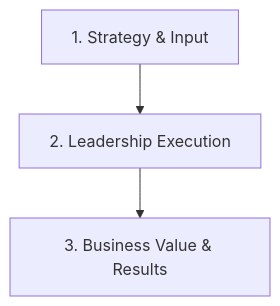
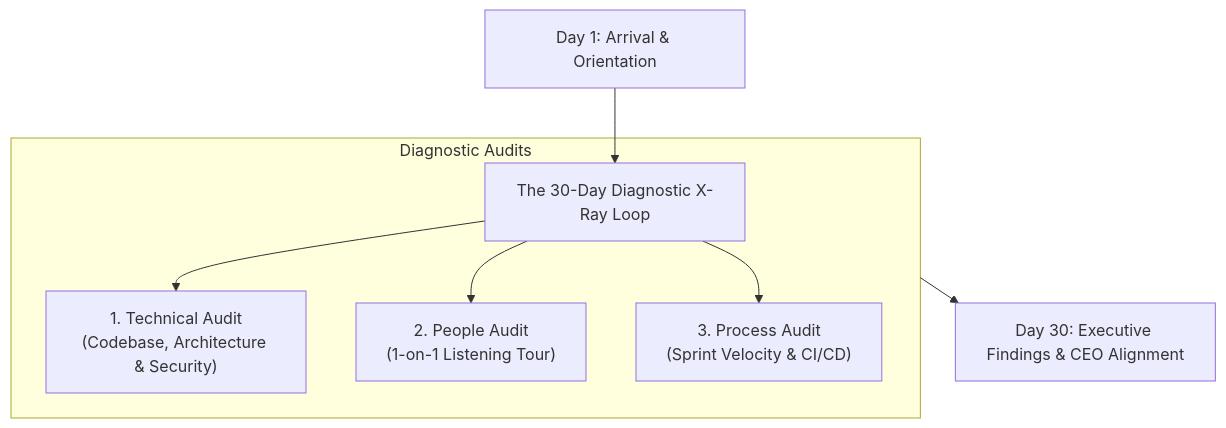
One commit to PankajKumarCTO/blog-store changed the diagram in users/pankajhyd/posts/the-first-30-days-as-cto-auditing-systems-winning-ceo-trust.md. Above: the diagram before and after it, drawn with Mermaid. The commit also changed other lines of this file, not shown here.

Commit message:
Review and update post-019 content, PPT slides, and Mermaid diagram

````diff
--- a/users/pankajhyd/posts/the-first-30-days-as-cto-auditing-systems-winning-ceo-trust.md
+++ b/users/pankajhyd/posts/the-first-30-days-as-cto-auditing-systems-winning-ceo-trust.md
@@ -34,5 +54,12 @@
 ```mermaid
 graph TD
-    Input["1. Strategy & Input"] --> Process["2. Leadership Execution"]
-    Process --> Output["3. Business Value & Results"]
+    Day1["Day 1: Arrival & Orientation"] --> Audit["The 30-Day Diagnostic X-Ray Loop"]
+    
+    subgraph Diagnostic["Diagnostic Audits"]
+        Audit --> Tech["1. Technical Audit<br/>(Codebase, Architecture & Security)"]
+        Audit --> People["2. People Audit<br/>(1-on-1 Listening Tour)"]
+        Audit --> Process["3. Process Audit<br/>(Sprint Velocity & CI/CD)"]
+    end
+    
+    Diagnostic --> Report["Day 30: Executive Findings & CEO Alignment"]
 ```
````
